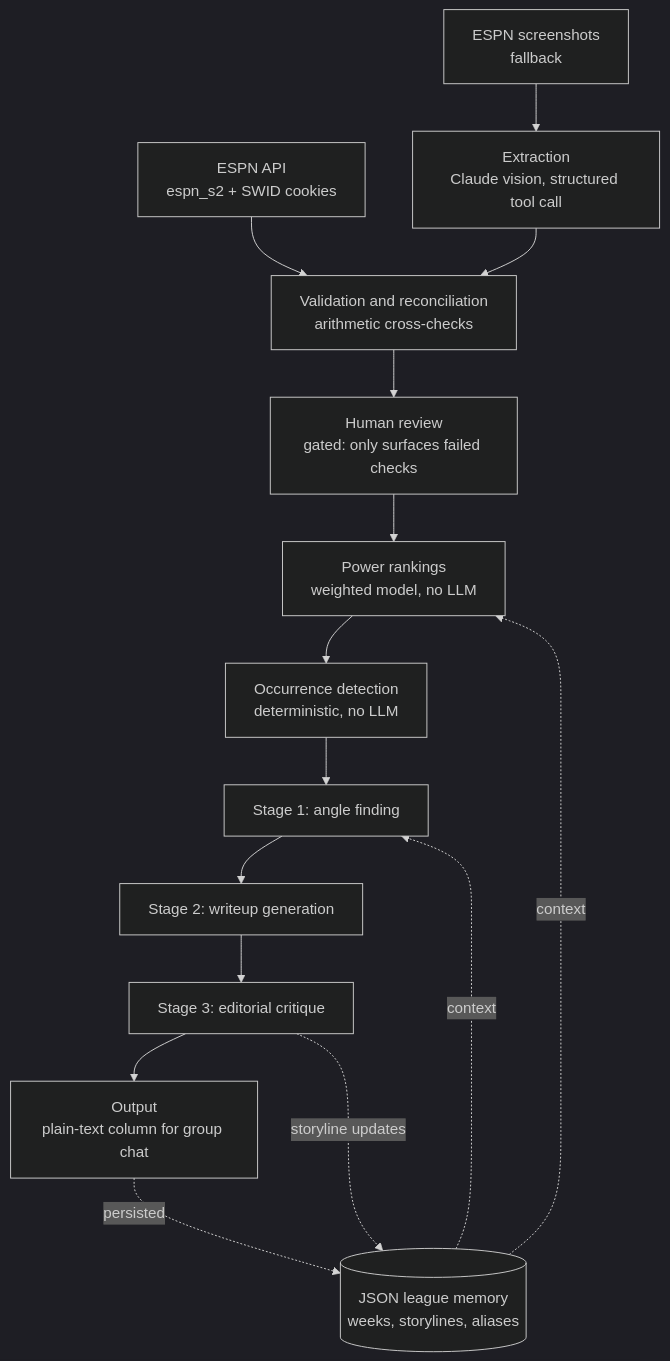
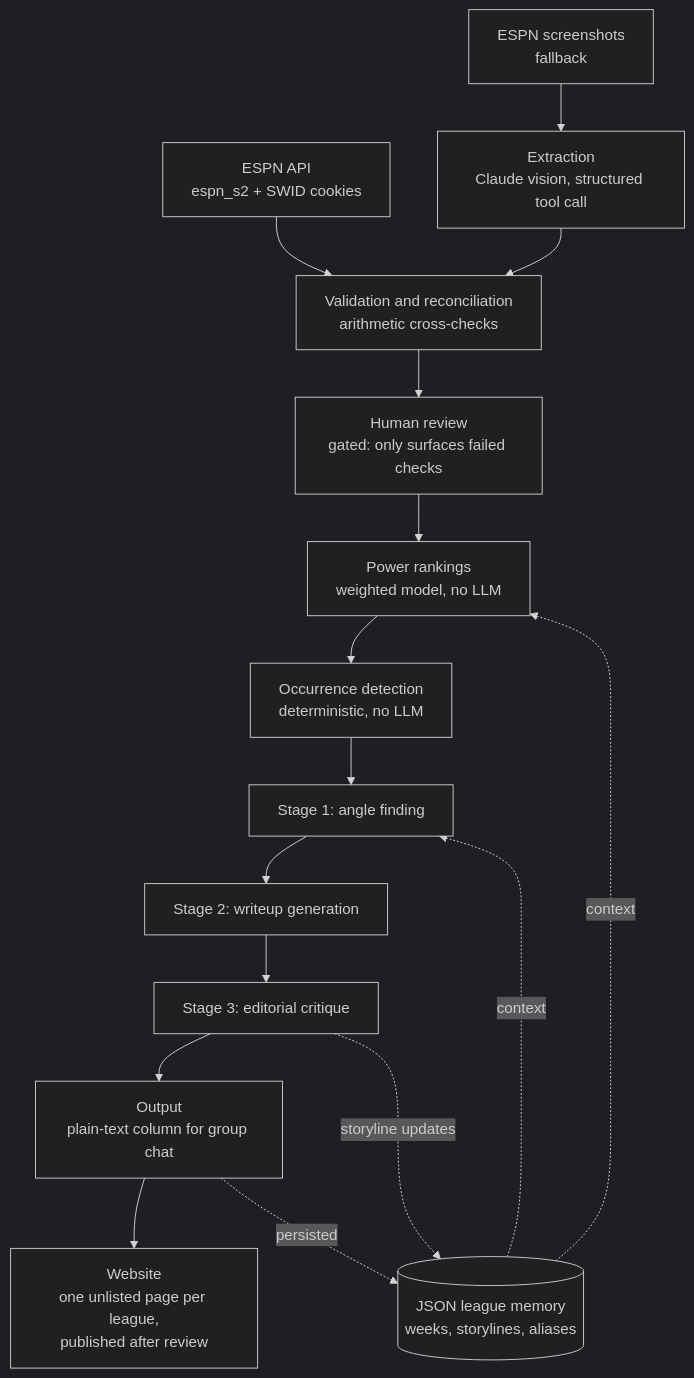
The diagram in README.md (nben24/fantasy-football-power-rankings), drawn with Mermaid (dark theme) before and after one commit. The commit also changed other lines of this file and 8 other files, not shown here.

First line of the commit message:
Publish each league to its own unlisted web page

````diff
--- a/README.md
+++ b/README.md
@@ -16,19 +23,20 @@
 ```mermaid
 flowchart TB
     API[ESPN API<br/>espn_s2 + SWID cookies] --> V
     S[ESPN screenshots<br/>fallback] --> E[Extraction<br/>Claude vision, structured tool call]
     E --> V[Validation and reconciliation<br/>arithmetic cross-checks]
     V --> R[Human review<br/>gated: only surfaces failed checks]
     R --> P[Power rankings<br/>weighted model, no LLM]
     P --> O[Occurrence detection<br/>deterministic, no LLM]
     O --> A[Stage 1: angle finding]
     A --> W[Stage 2: writeup generation]
     W --> C[Stage 3: editorial critique]
     C --> X[Output<br/>plain-text column for group chat]
+    X --> WEB[Website<br/>one unlisted page per league,<br/>published after review]
 
     M[(JSON league memory<br/>weeks, storylines, aliases)]
     M -.context.-> P
     M -.context.-> A
     C -.storyline updates.-> M
     X -.persisted.-> M
 ```
````
